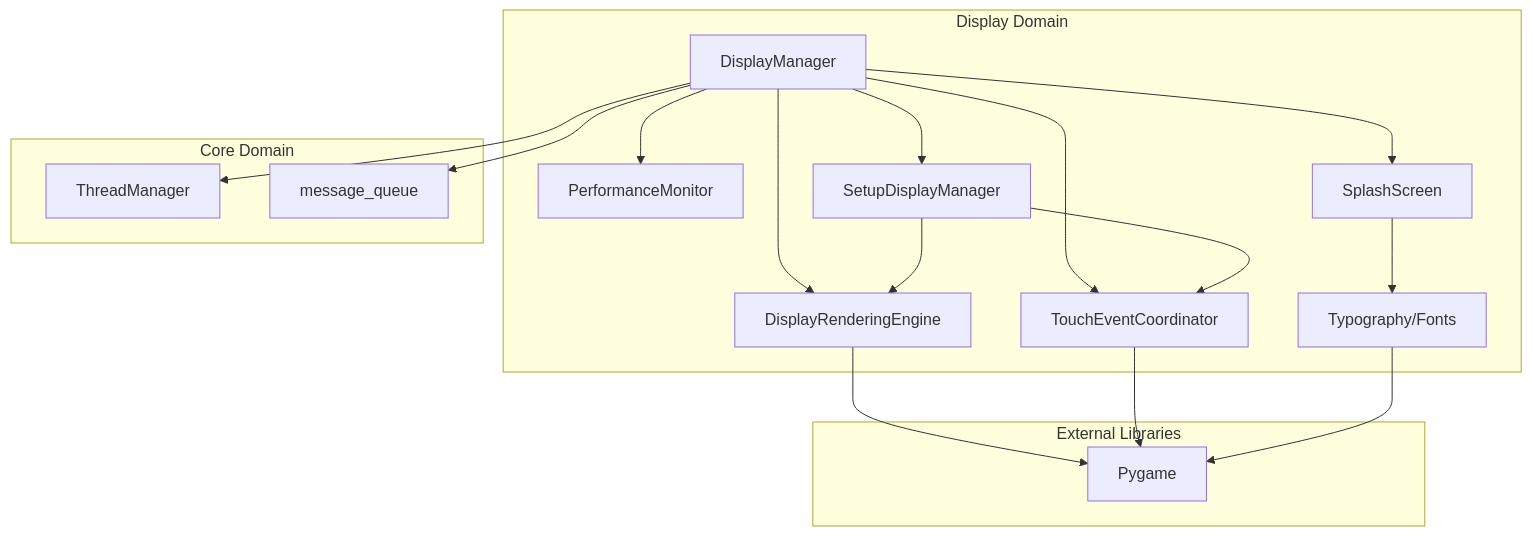
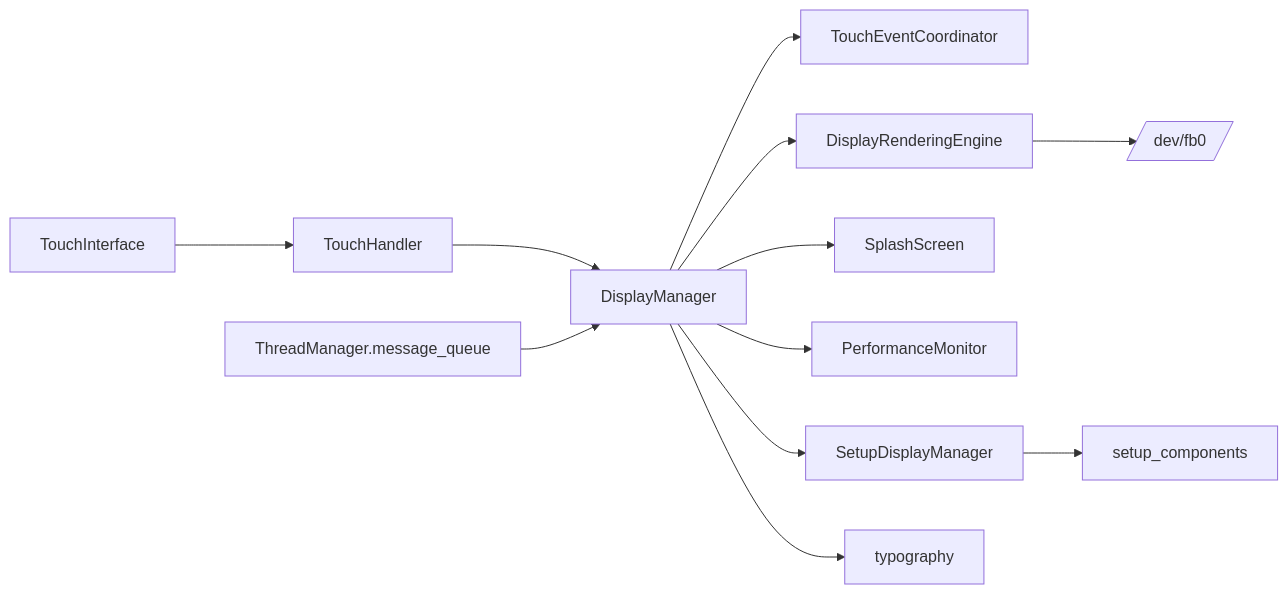
The diagram in ai/workspace/design/design-2c6b8e4d-domain_display.md (William12556/GTach), drawn with Mermaid before and after one commit. The commit also changed other lines of this file and 12 other files, not shown here.

````diff
--- a/ai/workspace/design/design-2c6b8e4d-domain_display.md
+++ b/ai/workspace/design/design-2c6b8e4d-domain_display.md
@@ -571,37 +140,14 @@
 ```mermaid
-graph TB
-    subgraph "Display Domain"
-        DM[DisplayManager]
-        DRE[DisplayRenderingEngine]
-        TEC[TouchEventCoordinator]
-        PM[PerformanceMonitor]
-        SS[SplashScreen]
-        SDM[SetupDisplayManager]
-        TYP[Typography/Fonts]
-    end
-    
-    subgraph "External Libraries"
-        PG[Pygame]
-    end
-    
-    subgraph "Core Domain"
-        TM[ThreadManager]
-        MQ[message_queue]
-    end
-    
-    DM --> DRE
-    DM --> TEC
-    DM --> PM
-    DM --> SS
-    DM --> SDM
-    DM --> TM
-    DM --> MQ
-    
-    DRE --> PG
-    TEC --> PG
-    SS --> TYP
-    SDM --> DRE
-    SDM --> TEC
-    
-    TYP --> PG
+flowchart LR
+    TI[TouchInterface] --> TH[TouchHandler]
+    TH --> DM[DisplayManager]
+    DM --> TC[TouchEventCoordinator]
+    DM --> RE[DisplayRenderingEngine]
+    DM --> SP[SplashScreen]
+    DM --> PM[PerformanceMonitor]
+    DM --> SM[SetupDisplayManager]
+    DM --> TY[typography]
+    SM --> SC[setup_components]
+    RE --> FB[/dev/fb0/]
+    Q[ThreadManager.message_queue] --> DM
 ```
````
